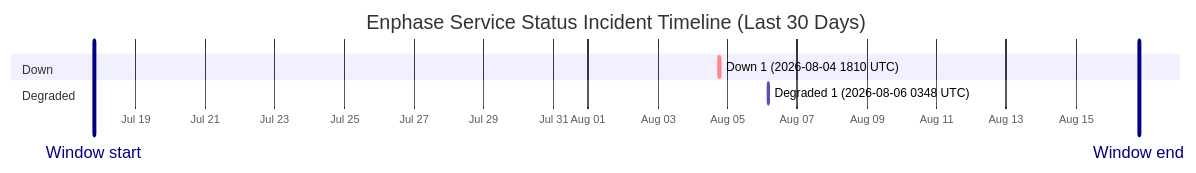
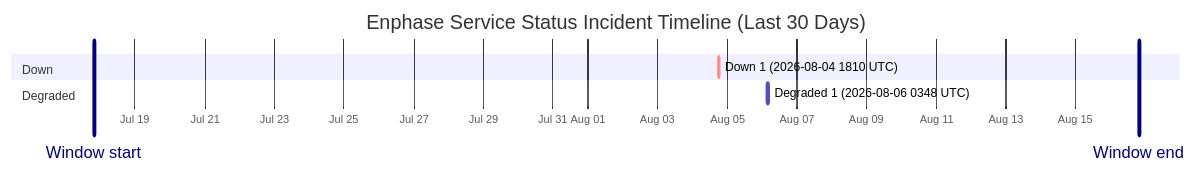
The diagram in wiki/Service-Status-History.md (barneyonline/ha-enphase-energy), drawn with Mermaid before and after one commit. The commit also changed other lines of this file and 3 other files, not shown here.

````diff
--- a/wiki/Service-Status-History.md
+++ b/wiki/Service-Status-History.md
@@ -14,12 +14,12 @@
 ```mermaid
 gantt
     title Enphase Service Status Incident Timeline (Last 30 Days)
     dateFormat  YYYY-MM-DDTHH:mm:ss
     axisFormat  %b %d
-    Window start :vert, window-start, 2026-07-17T19:20:05, 0ms
-    Window end :vert, window-end, 2026-08-16T19:20:05, 0ms
+    Window start :vert, window-start, 2026-07-17T19:43:30, 0ms
+    Window end :vert, window-end, 2026-08-16T19:43:30, 0ms
     section Down
     Down 1 (2026-08-04 1810 UTC) :crit, down-1, 2026-08-04T18:10:46, 60m
     section Degraded
     Degraded 1 (2026-08-06 0348 UTC) :active, degraded-1, 2026-08-06T03:48:14, 60m
 ```
````
